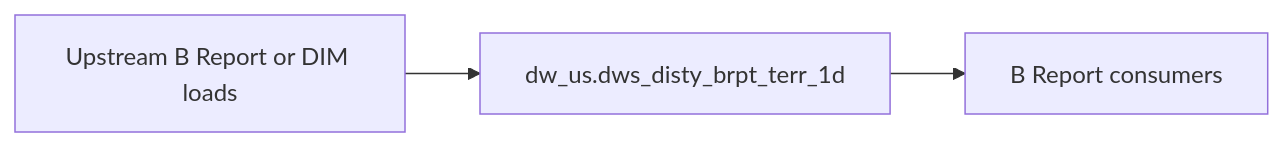
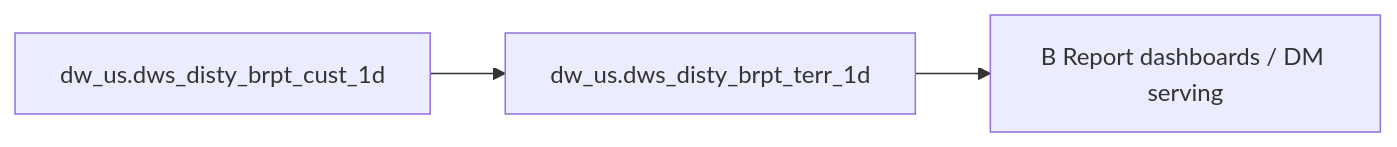
One commit to chengduhaha/data_agent changed the diagram in backend/defaults/b_report/workspace/target/knowledgebase/b-report-us/dws_disty_brpt_terr_1d.md. Above: the diagram before and after it, drawn with Mermaid. The commit also changed other lines of this file and 1108 other files, not shown here.

````diff
--- a/backend/defaults/b_report/workspace/target/knowledgebase/b-report-us/dws_disty_brpt_terr_1d.md
+++ b/backend/defaults/b_report/workspace/target/knowledgebase/b-report-us/dws_disty_brpt_terr_1d.md
@@ -153,8 +267,8 @@
 ```mermaid
 flowchart LR
-  upstream[Upstream B Report or DIM loads]
-  tgt["dw_us.dws_disty_brpt_terr_1d"]
-  brpt[B Report consumers]
-  upstream --> tgt
-  tgt --> brpt
+  dw_us_dws_disty_brpt_terr_1d["dw_us.dws_disty_brpt_terr_1d"]
+  src0["dw_us.dws_disty_brpt_cust_1d"]
+  src0 --> dw_us_dws_disty_brpt_terr_1d
+  consumers["B Report dashboards / DM serving"]
+  dw_us_dws_disty_brpt_terr_1d --> consumers
 ```
````
